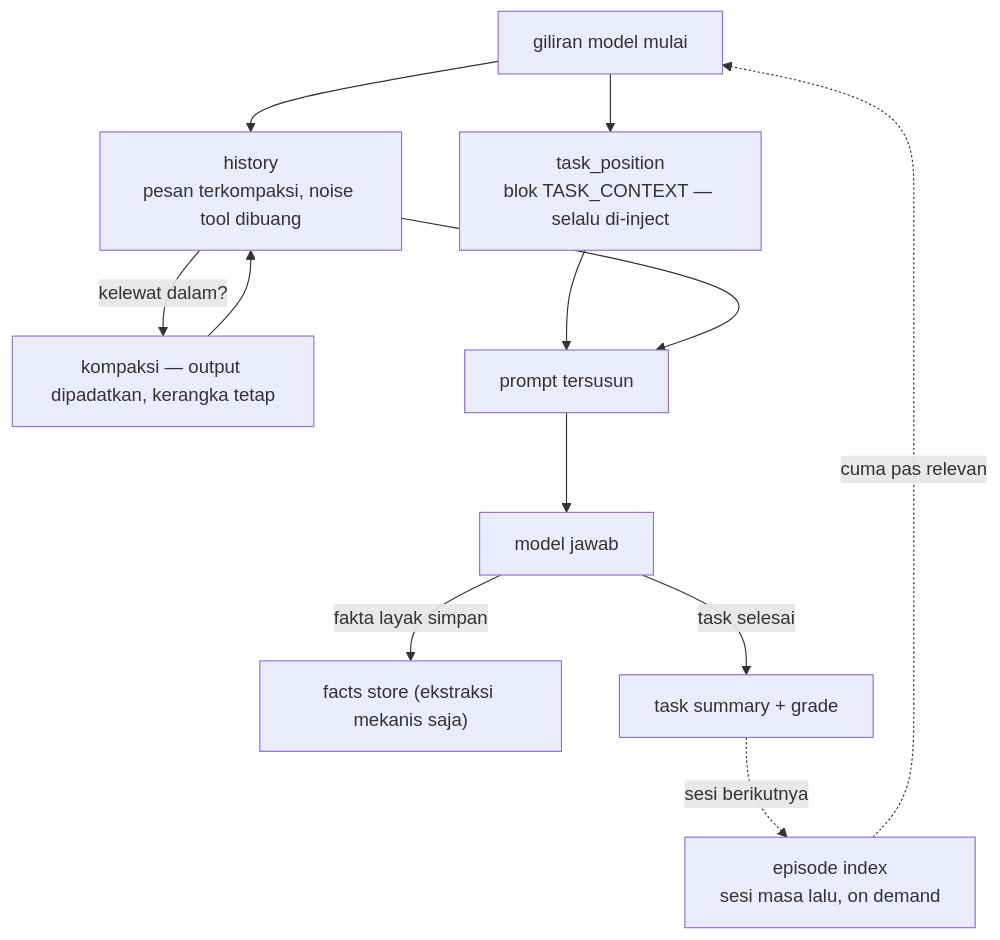
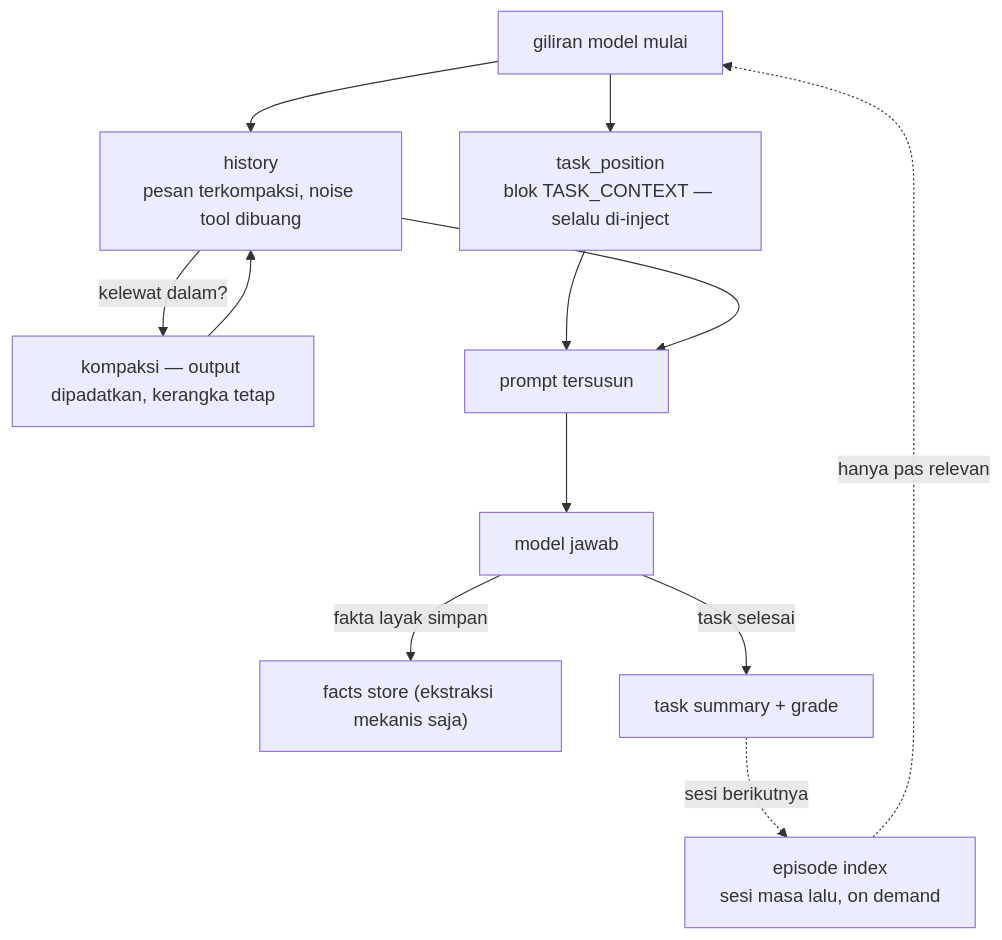
Before and after one commit to engrix/engrix-agent-docs: the diagram in id/architecture/memory.md, drawn with Mermaid. The commit also changed other lines of this file and 22 other files, not shown here.

````diff
--- a/id/architecture/memory.md
+++ b/id/architecture/memory.md
@@ -26,18 +26,18 @@
 ```mermaid
 flowchart TD
     TURN["giliran model mulai"]
     TASK["task_position<br/>blok TASK_CONTEXT — selalu di-inject"]
     HIST["history<br/>pesan terkompaksi, noise tool dibuang"]
     EP["episode index<br/>sesi masa lalu, on demand"]
     TURN --> TASK
     TURN --> HIST
     HIST -->|kelewat dalam?| COMP["kompaksi — output dipadatkan, kerangka tetap"]
     COMP --> HIST
-    EP -.->|cuma pas relevan| TURN
+    EP -.->|hanya pas relevan| TURN
     TASK --> PROMPT["prompt tersusun"]
     HIST --> PROMPT
     PROMPT --> OUT["model jawab"]
     OUT -->|fakta layak simpan| FACT["facts store (ekstraksi mekanis saja)"]
     OUT -->|task selesai| SUM["task summary + grade"]
     SUM -.->|sesi berikutnya| EP
 ```
````
